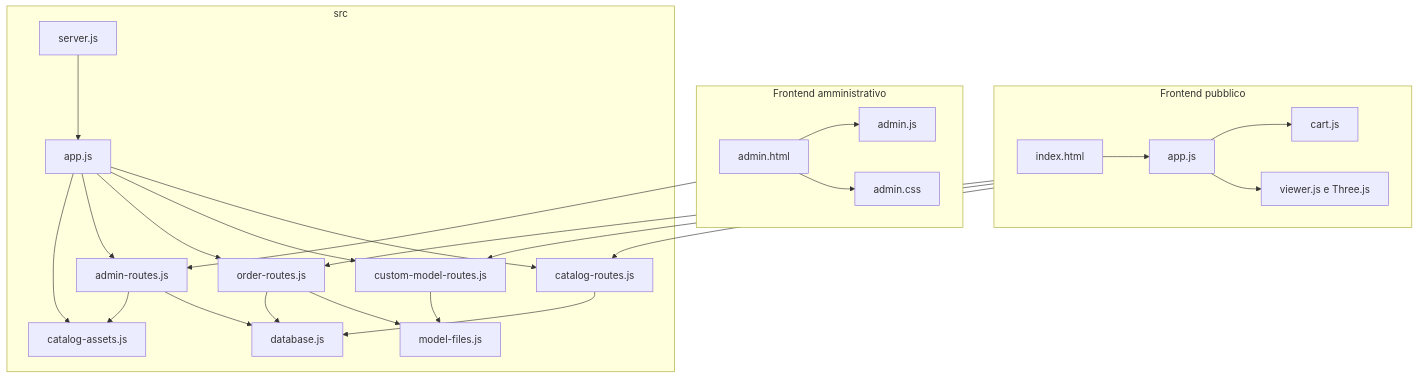
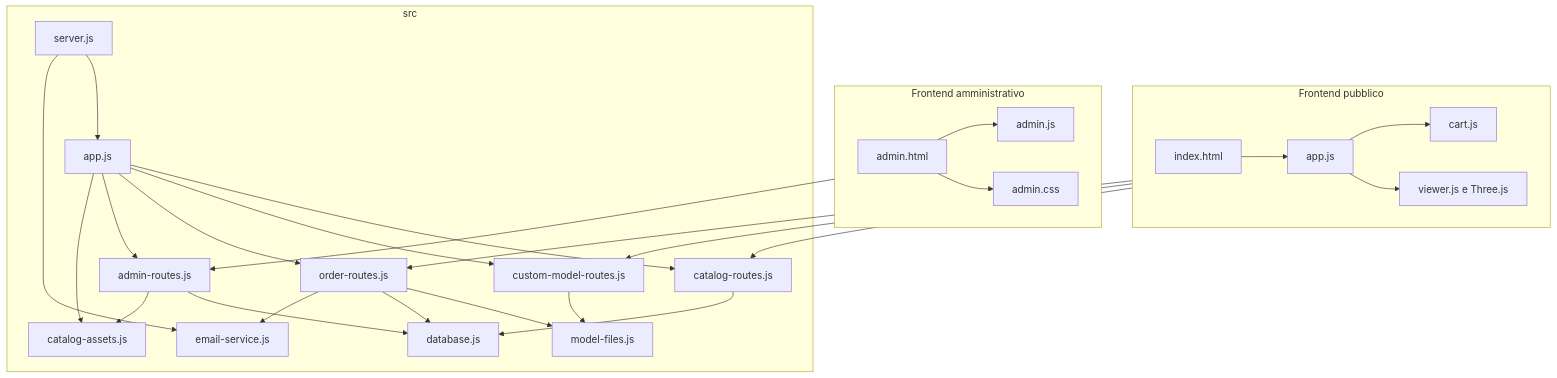
Before and after one commit to Moffoletta/pixel-print-lab: the second of 4 diagrams in docs/ARCHITETTURA.md, drawn with Mermaid. The commit also changed other lines of this file and 23 other files, not shown here.

````diff
--- a/docs/ARCHITETTURA.md
+++ b/docs/ARCHITETTURA.md
@@ -77,49 +77,52 @@
 ```mermaid
 flowchart TB
   subgraph FrontendPubblico[Frontend pubblico]
     Index[index.html]
     AppPub[app.js]
     Cart[cart.js]
     Viewer[viewer.js e Three.js]
     Index --> AppPub
     AppPub --> Cart
     AppPub --> Viewer
   end
 
   subgraph FrontendAdmin[Frontend amministrativo]
     AdminHTML[admin.html]
     AdminJS[admin.js]
     AdminCSS[admin.css]
     AdminHTML --> AdminJS
     AdminHTML --> AdminCSS
   end
 
   subgraph Backend[src]
     ServerJS[server.js]
     AppJS[app.js]
     CatalogRoutes[catalog-routes.js]
     CustomRoutes[custom-model-routes.js]
     OrderRoutes[order-routes.js]
     AdminRoutes[admin-routes.js]
+    EmailService[email-service.js]
     CatalogAssets[catalog-assets.js]
     ModelFiles[model-files.js]
     Database[database.js]
     ServerJS --> AppJS
     AppJS --> CatalogRoutes
     AppJS --> CustomRoutes
     AppJS --> OrderRoutes
     AppJS --> AdminRoutes
+    ServerJS --> EmailService
     AppJS --> CatalogAssets
     CustomRoutes --> ModelFiles
     OrderRoutes --> ModelFiles
     CatalogRoutes --> Database
     OrderRoutes --> Database
     AdminRoutes --> Database
     AdminRoutes --> CatalogAssets
+    OrderRoutes --> EmailService
   end
 
   FrontendPubblico --> CatalogRoutes
   FrontendPubblico --> CustomRoutes
   FrontendPubblico --> OrderRoutes
   FrontendAdmin --> AdminRoutes
 ```
````
